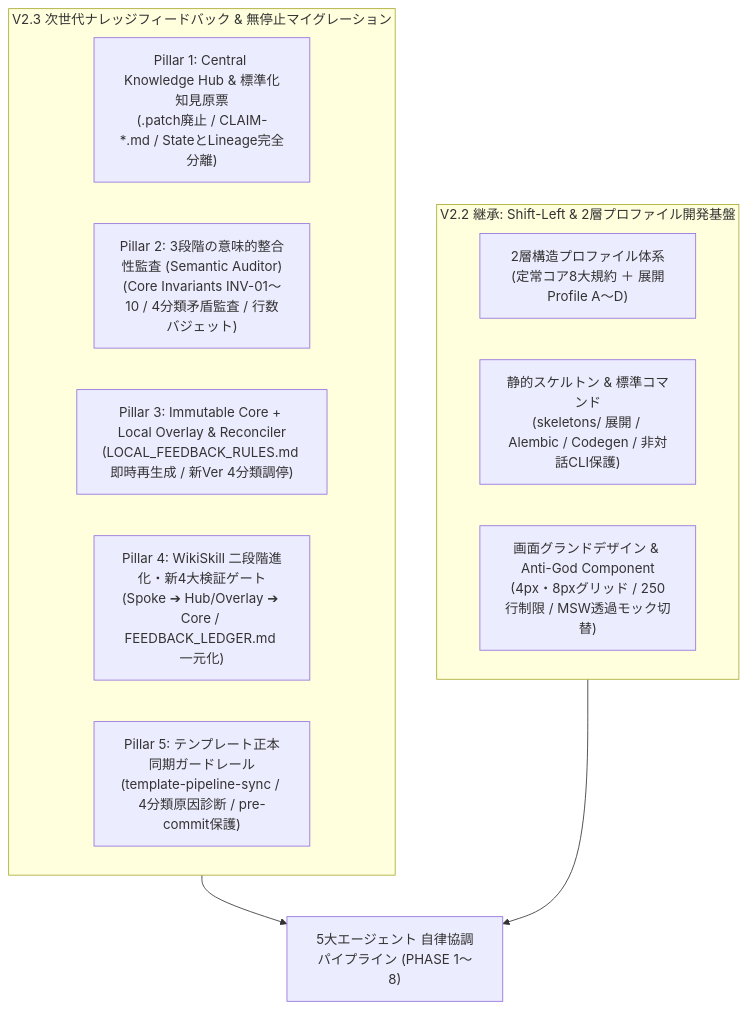
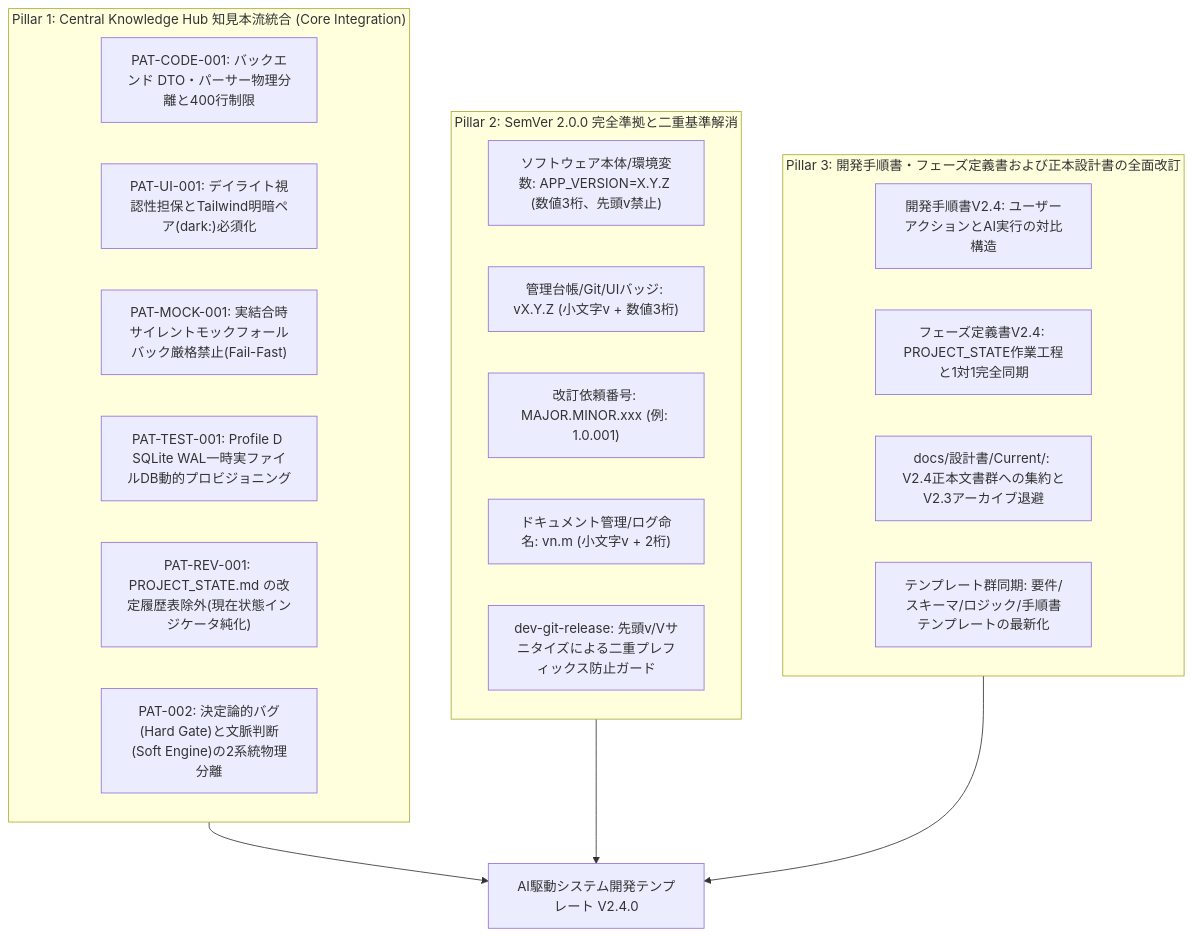
One commit to LeoPanda/template changed the first of 2 diagrams in README.md. Above: the diagram before and after it, drawn with Mermaid. The commit also changed other lines of this file and 64 other files, not shown here.

````diff
--- a/README.md
+++ b/README.md
@@ -17,18 +22,28 @@
 ```mermaid
 flowchart TD
-    subgraph V23["V2.3 次世代ナレッジフィードバック & 無停止マイグレーション"]
-        K1["Pillar 1: Central Knowledge Hub & 標準化知見原票\n(.patch廃止 / CLAIM-*.md / StateとLineage完全分離)"]
-        K2["Pillar 2: 3段階の意味的整合性監査 (Semantic Auditor)\n(Core Invariants INV-01〜10 / 4分類矛盾監査 / 行数バジェット)"]
-        K3["Pillar 3: Immutable Core + Local Overlay & Reconciler\n(LOCAL_FEEDBACK_RULES.md 即時再生成 / 新Ver 4分類調停)"]
-        K4["Pillar 4: WikiSkill 二段階進化・新4大検証ゲート\n(Spoke ➔ Hub/Overlay ➔ Core / FEEDBACK_LEDGER.md 一元化)"]
-        K5["Pillar 5: テンプレート正本同期ガードレール\n(template-pipeline-sync / 4分類原因診断 / pre-commit保護)"]
+    subgraph P1["Pillar 1: Central Knowledge Hub 知見本流統合 (Core Integration)"]
+        P1_1["PAT-CODE-001: バックエンド DTO・パーサー物理分離と400行制限"]
+        P1_2["PAT-UI-001: デイライト視認性担保とTailwind明暗ペア(dark:)必須化"]
+        P1_3["PAT-MOCK-001: 実結合時サイレントモックフォールバック厳格禁止(Fail-Fast)"]
+        P1_4["PAT-TEST-001: Profile D SQLite WAL一時実ファイルDB動的プロビジョニング"]
+        P1_5["PAT-REV-001: PROJECT_STATE.md の改定履歴表除外(現在状態インジケータ純化)"]
+        P1_6["PAT-002: 決定論的バグ(Hard Gate)と文脈判断(Soft Engine)の2系統物理分離"]
     end
 
-    subgraph V22["V2.2 継承: Shift-Left & 2層プロファイル開発基盤"]
-        S1["2層構造プロファイル体系\n(定常コア8大規約 ＋ 展開Profile A〜D)"]
-        S2["静的スケルトン & 標準コマンド\n(skeletons/ 展開 / Alembic / Codegen / 非対話CLI保護)"]
-        S3["画面グランドデザイン & Anti-God Component\n(4px・8pxグリッド / 250行制限 / MSW透過モック切替)"]
+    subgraph P2["Pillar 2: SemVer 2.0.0 完全準拠と二重基準解消"]
+        P2_1["ソフトウェア本体/環境変数: APP_VERSION=X.Y.Z (数値3桁、先頭v禁止)"]
+        P2_2["管理台帳/Git/UIバッジ: vX.Y.Z (小文字v + 数値3桁)"]
+        P2_3["改訂依頼番号: MAJOR.MINOR.xxx (例: 1.0.001)"]
+        P2_4["ドキュメント管理/ログ命名: vn.m (小文字v + 2桁)"]
+        P2_5["dev-git-release: 先頭v/Vサニタイズによる二重プレフィックス防止ガード"]
     end
 
-    V23 & V22 --> Pipeline["5大エージェント 自律協調パイプライン (PHASE 1〜8)"]
+    subgraph P3["Pillar 3: 開発手順書・フェーズ定義書および正本設計書の全面改訂"]
+        P3_1["開発手順書V2.4: ユーザーアクションとAI実行の対比構造"]
+        P3_2["フェーズ定義書V2.4: PROJECT_STATE作業工程と1対1完全同期"]
+        P3_3["docs/設計書/Current/: V2.4正本文書群への集約とV2.3アーカイブ退避"]
+        P3_4["テンプレート群同期: 要件/スキーマ/ロジック/手順書テンプレートの最新化"]
+    end
+
+    P1 & P2 & P3 --> V24["AI駆動システム開発テンプレート V2.4.0"]
 ```
````
